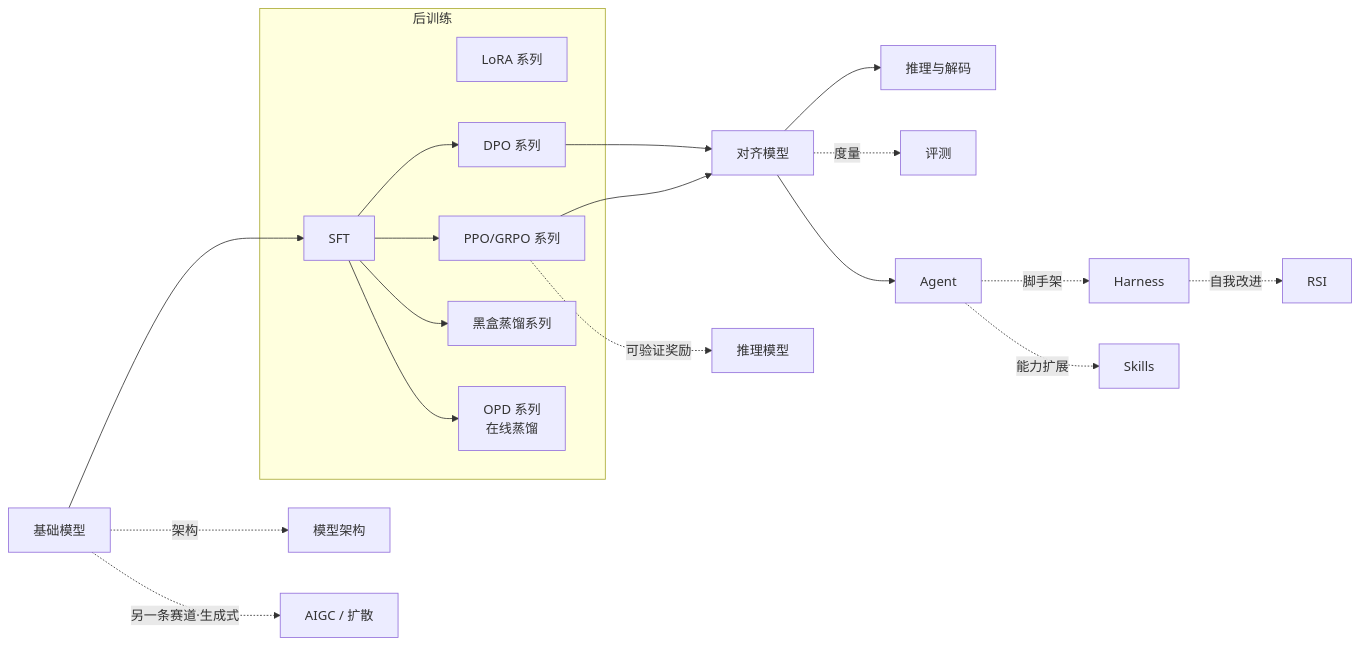
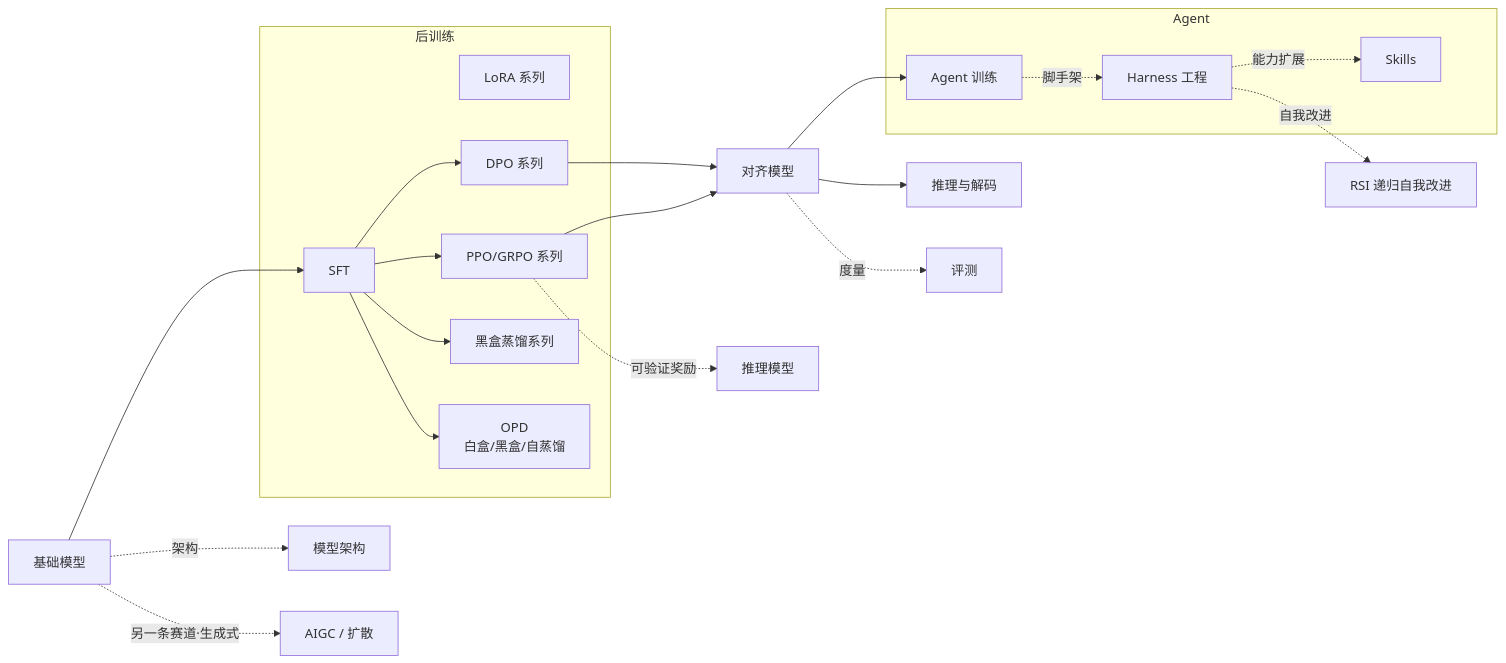
One commit to zhoujx4/llm-atlas changed the diagram in docs/index.md. Above: the diagram before and after it, drawn with Mermaid. The commit also changed 52 other files, not shown here.

First line of the commit message:
docs: OPD 章节重写、Agent 分组重组、新增 nano 项目页，统一标题规范

````diff
--- a/docs/index.md
+++ b/docs/index.md
@@ -9,22 +9,24 @@
 ```mermaid
 flowchart LR
     BM[基础模型] -.架构.-> ARCH[模型架构]
     BM -.另一条赛道·生成式.-> AIGC[AIGC / 扩散]
     BM --> SFT
     subgraph POST[后训练]
         SFT[SFT] ~~~ LORA[LoRA 系列]
         SFT --> PO[DPO 系列]
         SFT --> RL[PPO/GRPO 系列]
         SFT --> DST[黑盒蒸馏系列]
-        SFT --> OPD[OPD 系列<br/>在线蒸馏]
+        SFT --> OPD[OPD<br/>白盒/黑盒/自蒸馏]
     end
     PO --> A[对齐模型]
     RL --> A
     RL -.可验证奖励.-> RSN[推理模型]
     A --> INF[推理与解码]
     A -.度量.-> EVAL[评测]
-    A --> AG[Agent]
-    AG -.脚手架.-> HN[Harness]
-    AG -.能力扩展.-> SK[Skills]
-    HN -.自我改进.-> RSI[RSI]
+    A --> AGT
+    subgraph AGENT[Agent]
+        AGT[Agent 训练] -.脚手架.-> HN[Harness 工程]
+        HN -.能力扩展.-> SK[Skills]
+    end
+    HN -.自我改进.-> RSI[RSI 递归自我改进]
 ```
````
